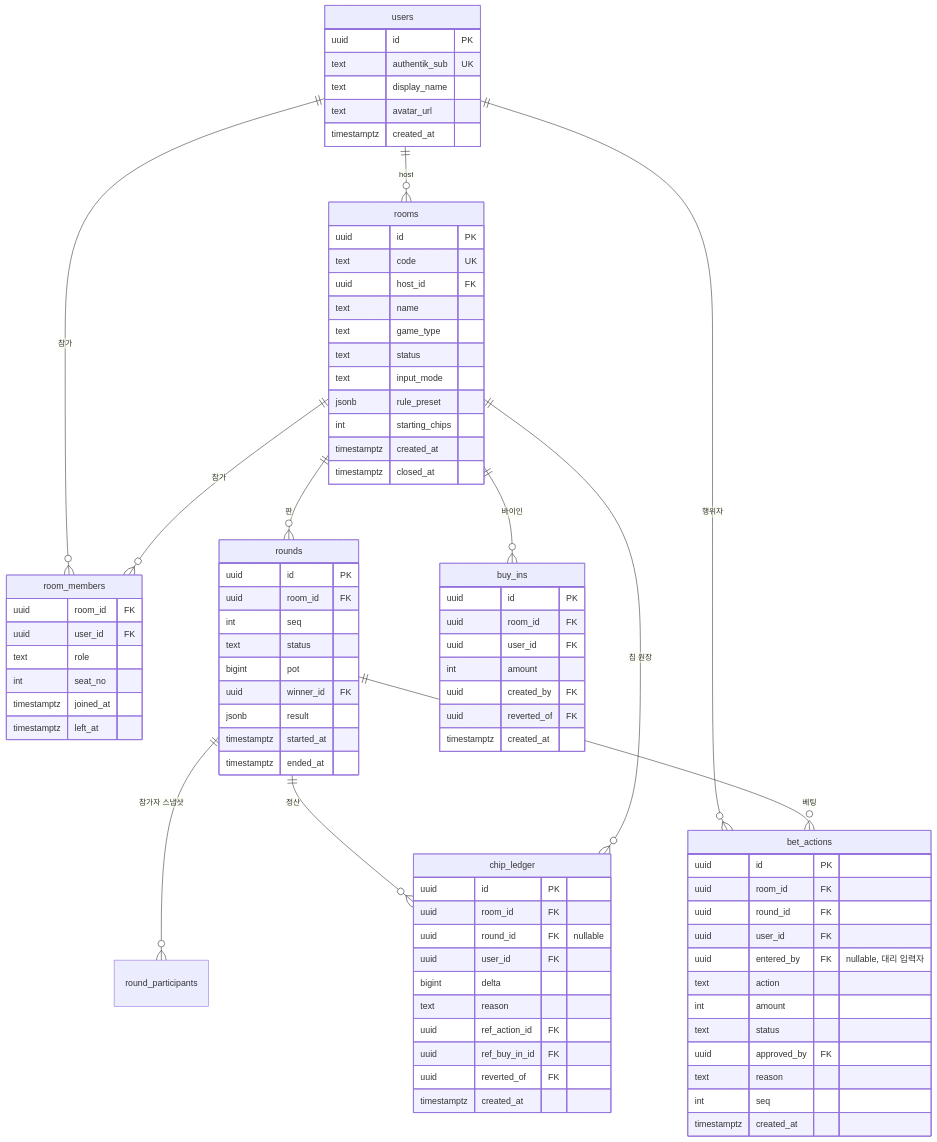
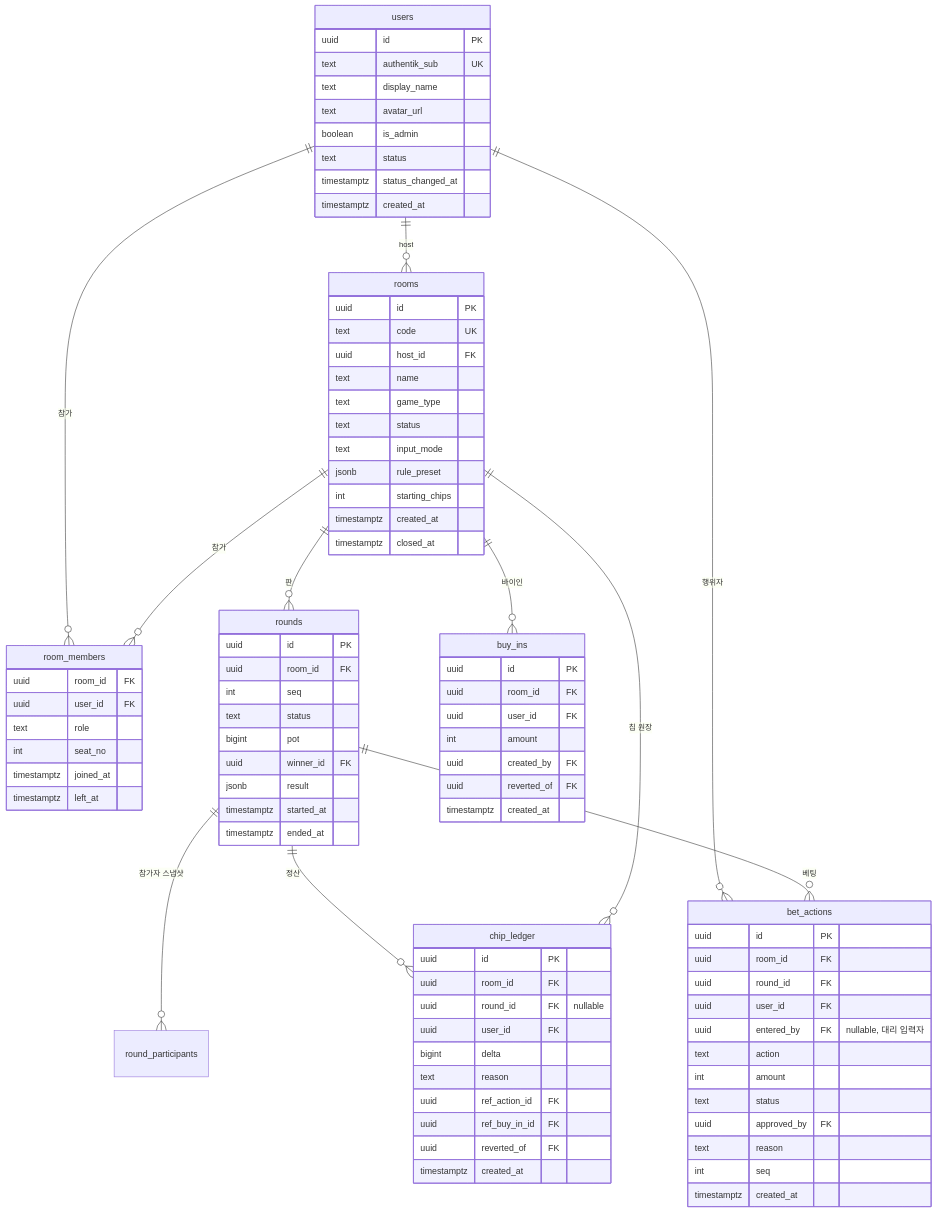
The diagram in docs/02-data-model.md (kanduit-lab/kkeutbal), drawn with Mermaid before and after one commit. The commit also changed other lines of this file and 24 other files, not shown here.

```diff
--- a/docs/02-data-model.md
+++ b/docs/02-data-model.md
@@ -87,6 +87,9 @@
         text authentik_sub UK
         text display_name
         text avatar_url
+        boolean is_admin
+        text status
+        timestamptz status_changed_at
         timestamptz created_at
     }
     rooms {
```
